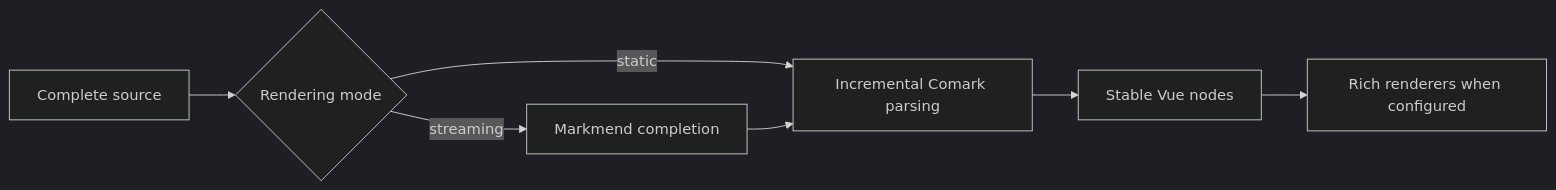
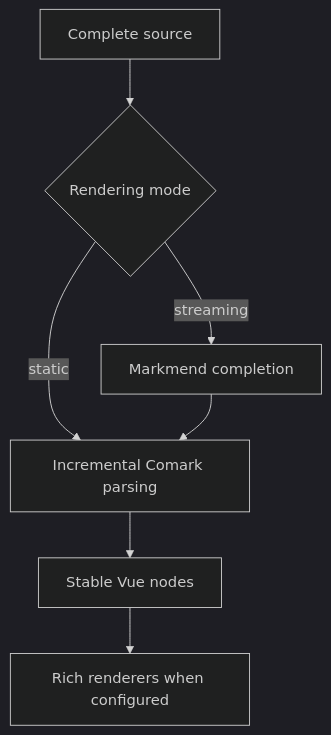
One commit to jinghaihan/vue-stream-markdown changed the diagram in docs/content/1.guide/rendering-pipeline.md. Above: the diagram before and after it, drawn with Mermaid (dark theme). The commit also changed 1 other file, not shown here.

Commit message:
docs: refine benchmark and pipeline presentation

````diff
--- a/docs/content/1.guide/rendering-pipeline.md
+++ b/docs/content/1.guide/rendering-pipeline.md
@@ -10,9 +10,9 @@
 ```mermaid
-flowchart LR
+flowchart TD
     Source[Complete source] --> Mode{Rendering mode}
     Mode -->|streaming| Completion[Markmend completion]
     Mode -->|static| Parser[Incremental Comark parsing]
     Completion --> Parser
     Parser --> Vue[Stable Vue nodes]
     Vue --> Rich[Rich renderers when configured]
 ```
````
